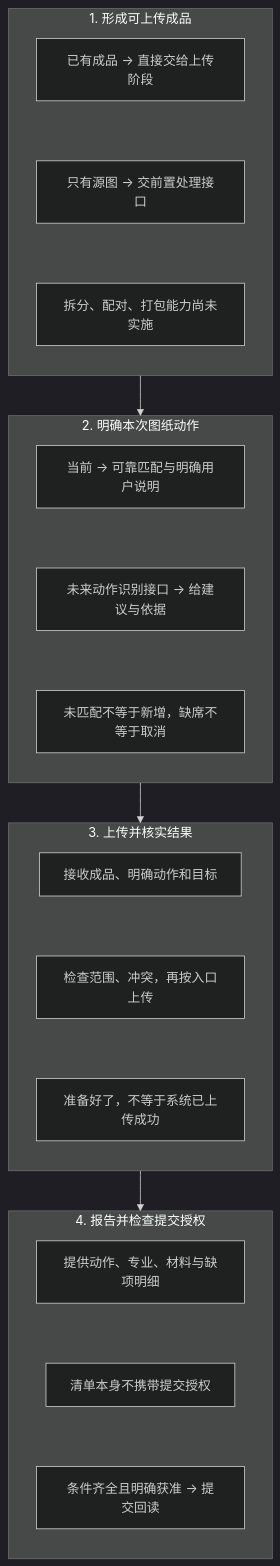
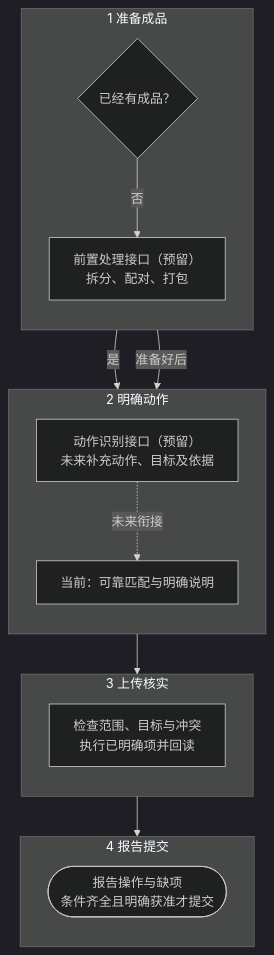
The diagram in docs/upload-guide/sources/09-interfaces.mmd (Zazia/blueprint-batch-upload), drawn with Mermaid (dark theme) before and after one commit. The commit also changed 51 other files, not shown here.

Commit message:
Refocus article on Guangzhou designers and restore grouped flowcharts

```diff
--- a/docs/upload-guide/sources/09-interfaces.mmd
+++ b/docs/upload-guide/sources/09-interfaces.mmd
@@ -1,32 +1,25 @@
 flowchart TD
-  subgraph S0["1. 形成可上传成品"]
+  subgraph S0["1 准备成品"]
     direction TB
-    N00["已有成品 → 直接交给上传阶段"]
-    N01["只有源图 → 交前置处理接口"]
-    N02["拆分、配对、打包能力尚未实施"]
-    N00 ~~~ N01 ~~~ N02
+    a{"已经有成品？"}
+    b["前置处理接口（预留）<br/>拆分、配对、打包"]
   end
-  subgraph S1["2. 明确本次图纸动作"]
+  subgraph S1["2 明确动作"]
     direction TB
-    N10["当前 → 可靠匹配与明确用户说明"]
-    N11["未来动作识别接口 → 给建议与依据"]
-    N12["未匹配不等于新增，缺席不等于取消"]
-    N10 ~~~ N11 ~~~ N12
+    c["当前：可靠匹配与明确说明"]
+    d["动作识别接口（预留）<br/>未来补充动作、目标及依据"]
   end
-  S0 --> S1
-  subgraph S2["3. 上传并核实结果"]
+  subgraph S2["3 上传核实"]
     direction TB
-    N20["接收成品、明确动作和目标"]
-    N21["检查范围、冲突，再按入口上传"]
-    N22["准备好了，不等于系统已上传成功"]
-    N20 ~~~ N21 ~~~ N22
+    e["检查范围、目标与冲突<br/>执行已明确项并回读"]
   end
-  S1 --> S2
-  subgraph S3["4. 报告并检查提交授权"]
+  subgraph S3["4 报告提交"]
     direction TB
-    N30["提供动作、专业、材料与缺项明细"]
-    N31["清单本身不携带提交授权"]
-    N32["条件齐全且明确获准 → 提交回读"]
-    N30 ~~~ N31 ~~~ N32
+    f(["报告操作与缺项<br/>条件齐全且明确获准才提交"])
   end
-  S2 --> S3
+  a -->|否| b
+  a -->|是| c
+  b -->|准备好后| c
+  d -.->|未来衔接| c
+  c --> e
+  e --> f
```
